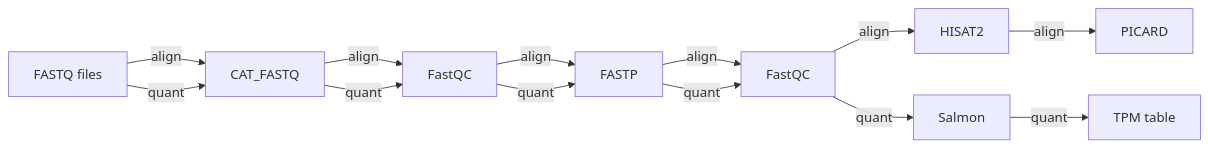
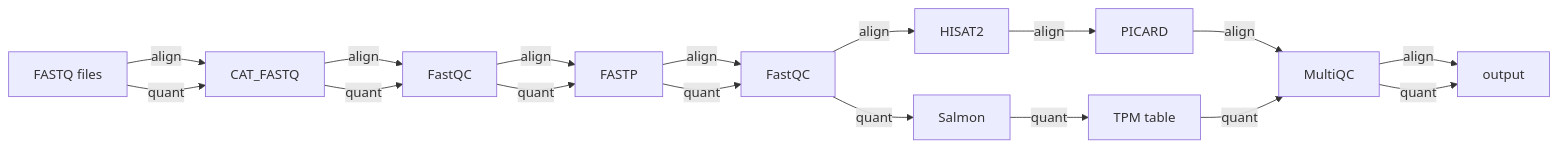
The diagram in docs/pipeline.mmd (NinaBee13/Computational_Workflows_project_RoehreSchuele), drawn with Mermaid before and after one commit. The commit also changed 1 other file, not shown here.

Commit message:
Update Metro Map source and SVG

```diff
--- a/docs/pipeline.mmd
+++ b/docs/pipeline.mmd
@@ -1,31 +1,40 @@
-%%metro style: nfcore
+%%metro style: light
+%%metro height: 200
 %%metro files: input | FASTQ
+%%metro files: output | HTML Report
 %%metro line: align | Alignment with HISAT2 | #ea4b40
 %%metro line: quant | Pseudoalignment and Quantification with Salmon | #2196F3 | dashed
+%%metro legend: none
 
 graph LR
     input[FASTQ files]
     catfastq[CAT_FASTQ]
     fastqcraw[FastQC]
     fastqctrim[FastQC]
     trim[FASTP]
     hisat2[HISAT2]
     Salmon[Salmon]
     tximport[TPM table]
     Picard[PICARD]
+    multiqc[MultiQC]
 
 
     input -->|align| catfastq
     catfastq --> |align|fastqcraw
     fastqcraw --> |align| trim
     trim --> |align| fastqctrim
     fastqctrim -->|align| hisat2
     hisat2 -->|align| Picard
+    Picard --> |align| multiqc
 
 
     input -->|quant| catfastq
     catfastq --> |quant|fastqcraw
     fastqcraw --> |quant| trim
     trim --> |quant| fastqctrim
     fastqctrim --> |quant| Salmon
     Salmon --> |quant| tximport
+    tximport --> |quant| multiqc
+
+    multiqc --> |align| output
+    multiqc --> |quant| output
```
